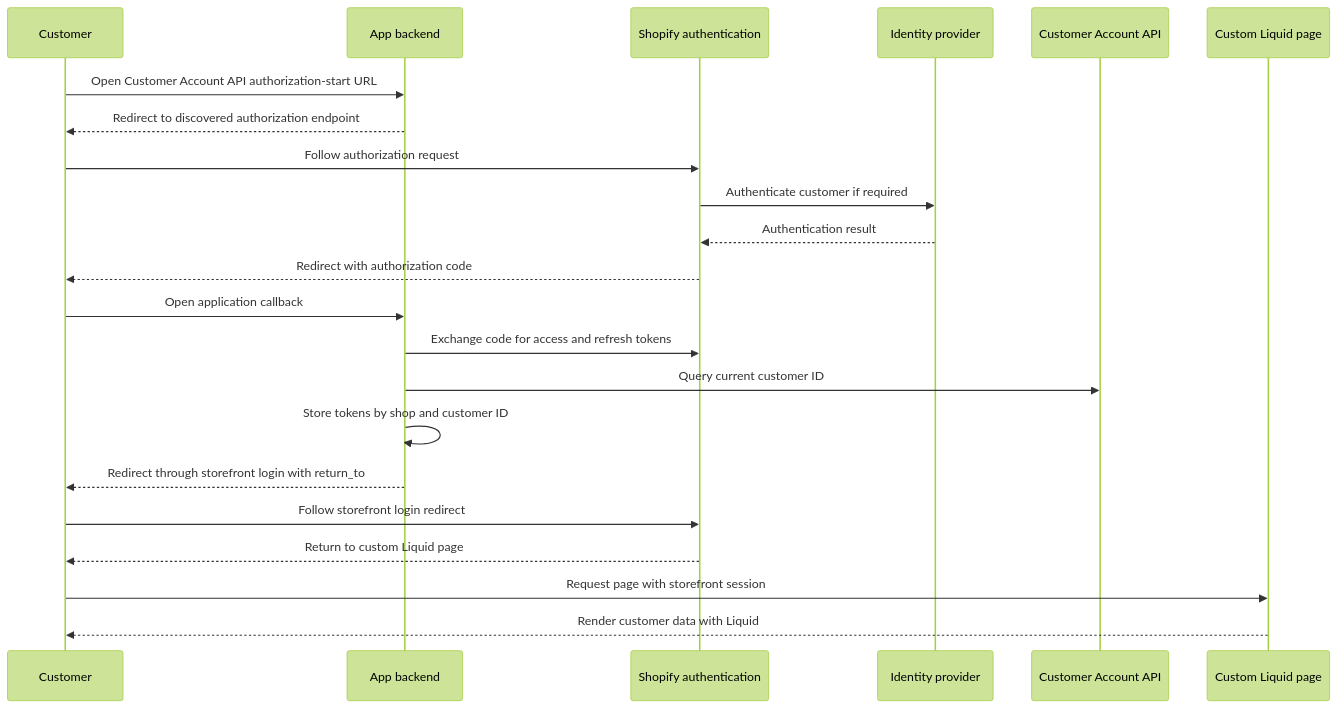
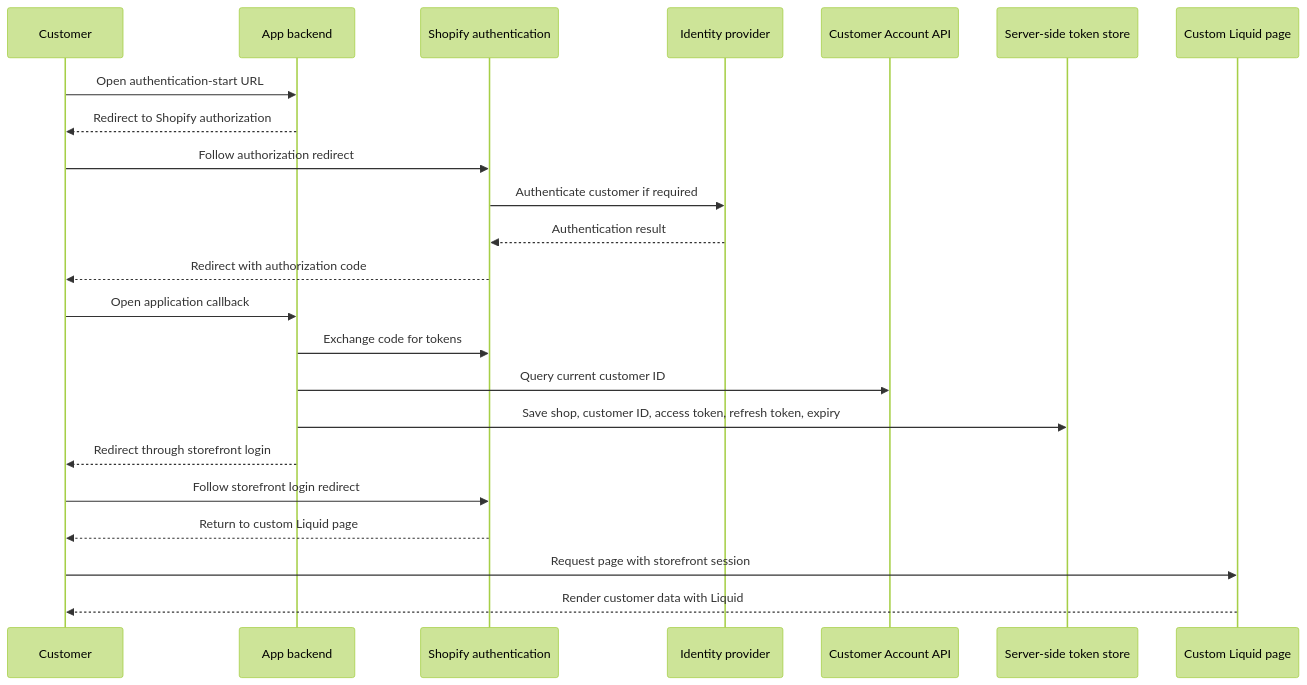
One commit to benzookapi/open_id_connect_sso_sample changed the first of 4 diagrams in theme/README.md. Above: the diagram before and after it, drawn with Mermaid (forest theme). The commit also changed other lines of this file, not shown here.

Commit message:
Simplify Liquid customer update flows

````diff
--- a/theme/README.md
+++ b/theme/README.md
@@ -96,25 +101,26 @@
 ```mermaid
 sequenceDiagram
     participant Customer
     participant App as App backend
-    participant Shopify as Shopify authentication
+    participant Auth as Shopify authentication
     participant IdP as Identity provider
     participant API as Customer Account API
+    participant Store as Server-side token store
     participant Page as Custom Liquid page
 
-    Customer->>App: Open Customer Account API authorization-start URL
-    App-->>Customer: Redirect to discovered authorization endpoint
-    Customer->>Shopify: Follow authorization request
-    Shopify->>IdP: Authenticate customer if required
-    IdP-->>Shopify: Authentication result
-    Shopify-->>Customer: Redirect with authorization code
+    Customer->>App: Open authentication-start URL
+    App-->>Customer: Redirect to Shopify authorization
+    Customer->>Auth: Follow authorization redirect
+    Auth->>IdP: Authenticate customer if required
+    IdP-->>Auth: Authentication result
+    Auth-->>Customer: Redirect with authorization code
     Customer->>App: Open application callback
-    App->>Shopify: Exchange code for access and refresh tokens
+    App->>Auth: Exchange code for tokens
     App->>API: Query current customer ID
-    App->>App: Store tokens by shop and customer ID
-    App-->>Customer: Redirect through storefront login with return_to
-    Customer->>Shopify: Follow storefront login redirect
-    Shopify-->>Customer: Return to custom Liquid page
+    App->>Store: Save shop, customer ID, access token, refresh token, expiry
+    App-->>Customer: Redirect through storefront login
+    Customer->>Auth: Follow storefront login redirect
+    Auth-->>Customer: Return to custom Liquid page
     Customer->>Page: Request page with storefront session
     Page-->>Customer: Render customer data with Liquid
 ```
````
